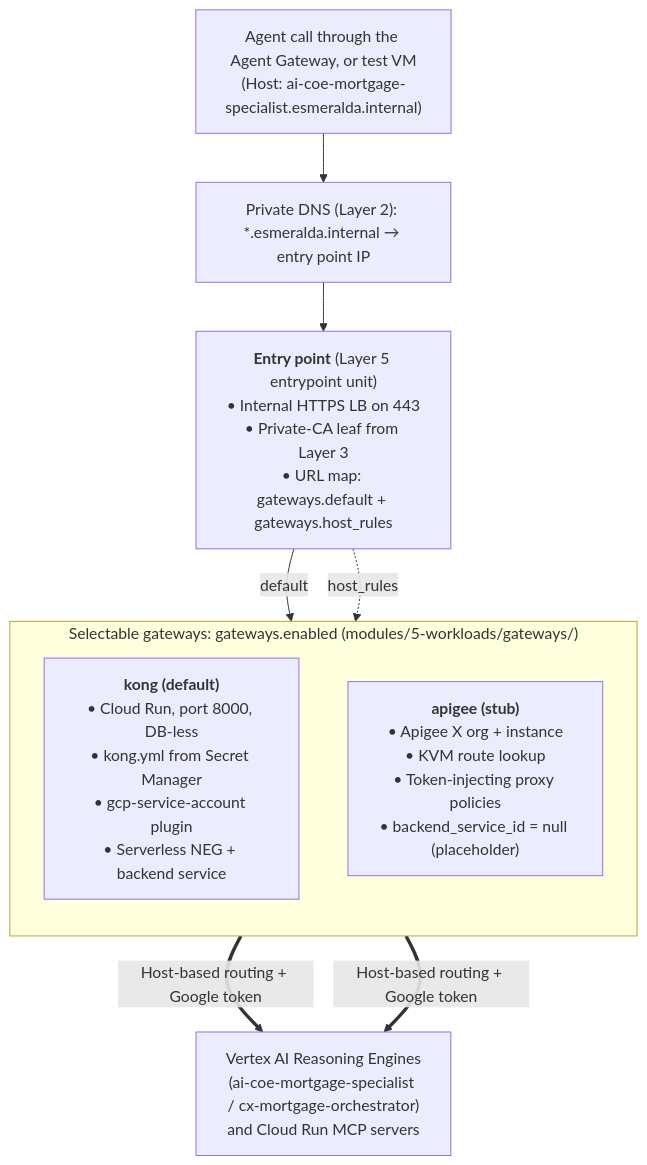
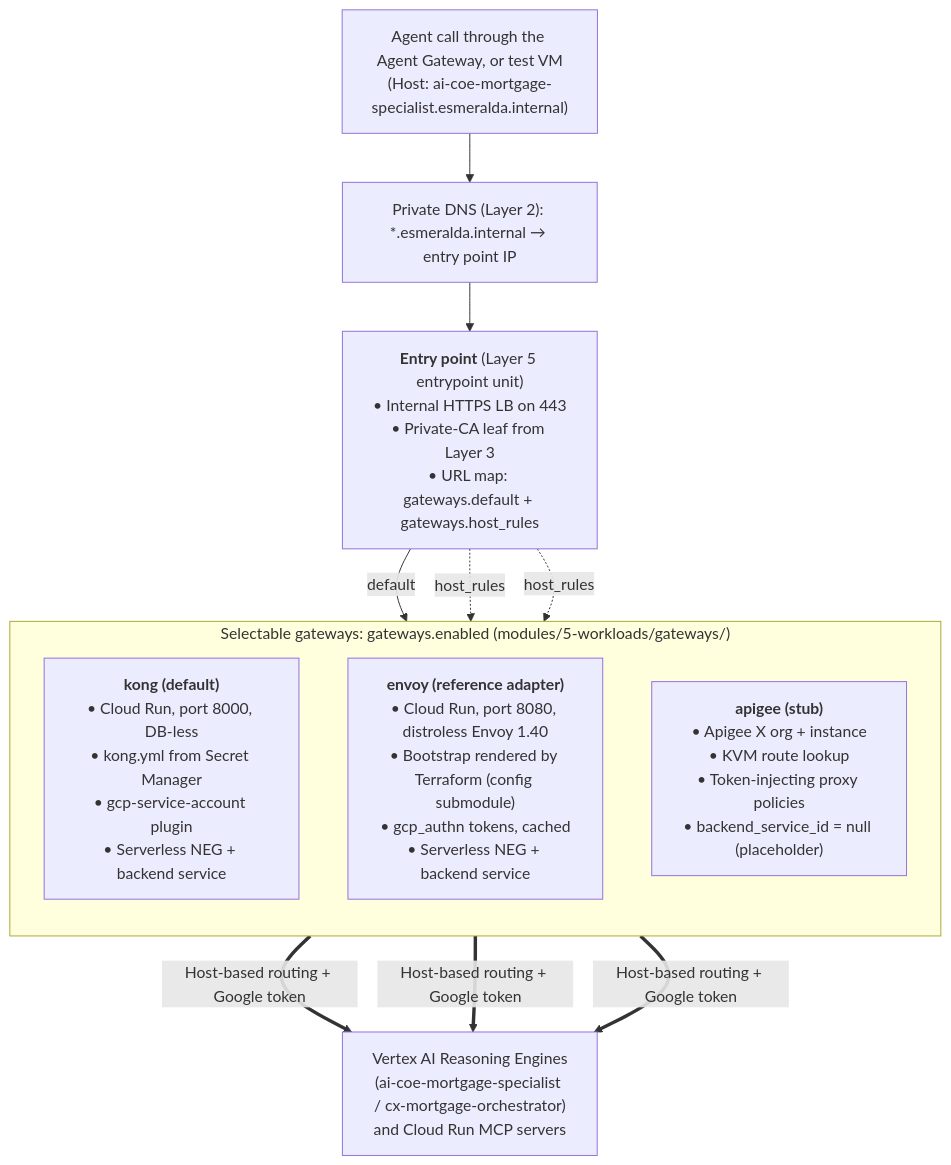
The diagram in docs/src/2-workloads-and-catalog/01-ingress-gateways.md (google/esmeralda), drawn with Mermaid before and after one commit. The commit also changed other lines of this file and 2 other files, not shown here.

First line of the commit message:
docs: describe the Envoy gateway adapter

````diff
--- a/docs/src/2-workloads-and-catalog/01-ingress-gateways.md
+++ b/docs/src/2-workloads-and-catalog/01-ingress-gateways.md
@@ -66,19 +67,21 @@
 ```mermaid
 flowchart TD
     Req["Agent call through the Agent Gateway, or test VM<br/>(Host: ai-coe-mortgage-specialist.esmeralda.internal)"]
     DNS["Private DNS (Layer 2): *.esmeralda.internal → entry point IP"]
     EP["<b>Entry point</b> (Layer 5 entrypoint unit)<br/>• Internal HTTPS LB on 443<br/>• Private-CA leaf from Layer 3<br/>• URL map: gateways.default + gateways.host_rules"]
 
     subgraph Adapters["Selectable gateways: gateways.enabled (modules/5-workloads/gateways/)"]
         direction TB
         OptB["<b>kong (default)</b><br/>• Cloud Run, port 8000, DB-less<br/>• kong.yml from Secret Manager<br/>• gcp-service-account plugin<br/>• Serverless NEG + backend service"]
+        OptC["<b>envoy (reference adapter)</b><br/>• Cloud Run, port 8080, distroless Envoy 1.40<br/>• Bootstrap rendered by Terraform (config submodule)<br/>• gcp_authn tokens, cached<br/>• Serverless NEG + backend service"]
         OptA["<b>apigee (stub)</b><br/>• Apigee X org + instance<br/>• KVM route lookup<br/>• Token-injecting proxy policies<br/>• backend_service_id = null (placeholder)"]
     end
 
     Backend["Vertex AI Reasoning Engines<br/>(ai-coe-mortgage-specialist / cx-mortgage-orchestrator)<br/>and Cloud Run MCP servers"]
 
     Req --> DNS --> EP
     EP -->|default| OptB
+    EP -.->|host_rules| OptC
     EP -.->|host_rules| OptA
-    OptB & OptA ==>|Host-based routing + Google token| Backend
+    OptB & OptC & OptA ==>|Host-based routing + Google token| Backend
 ```
````
